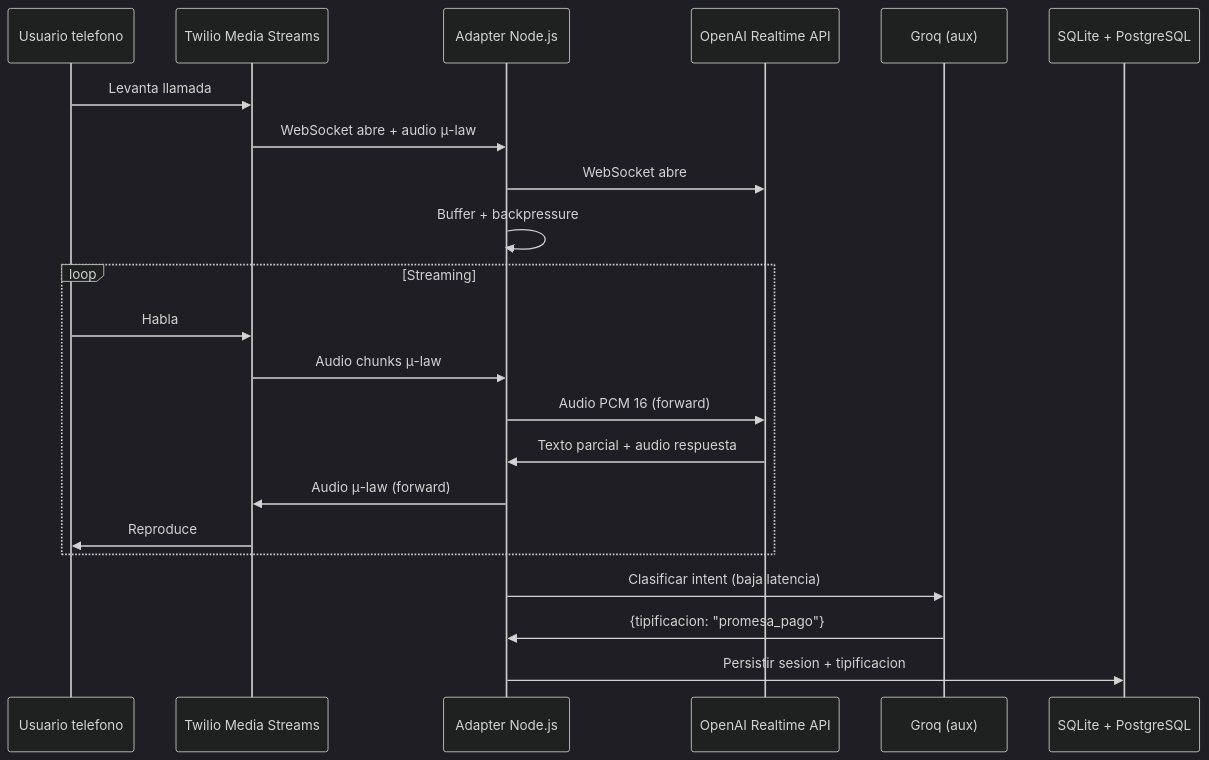
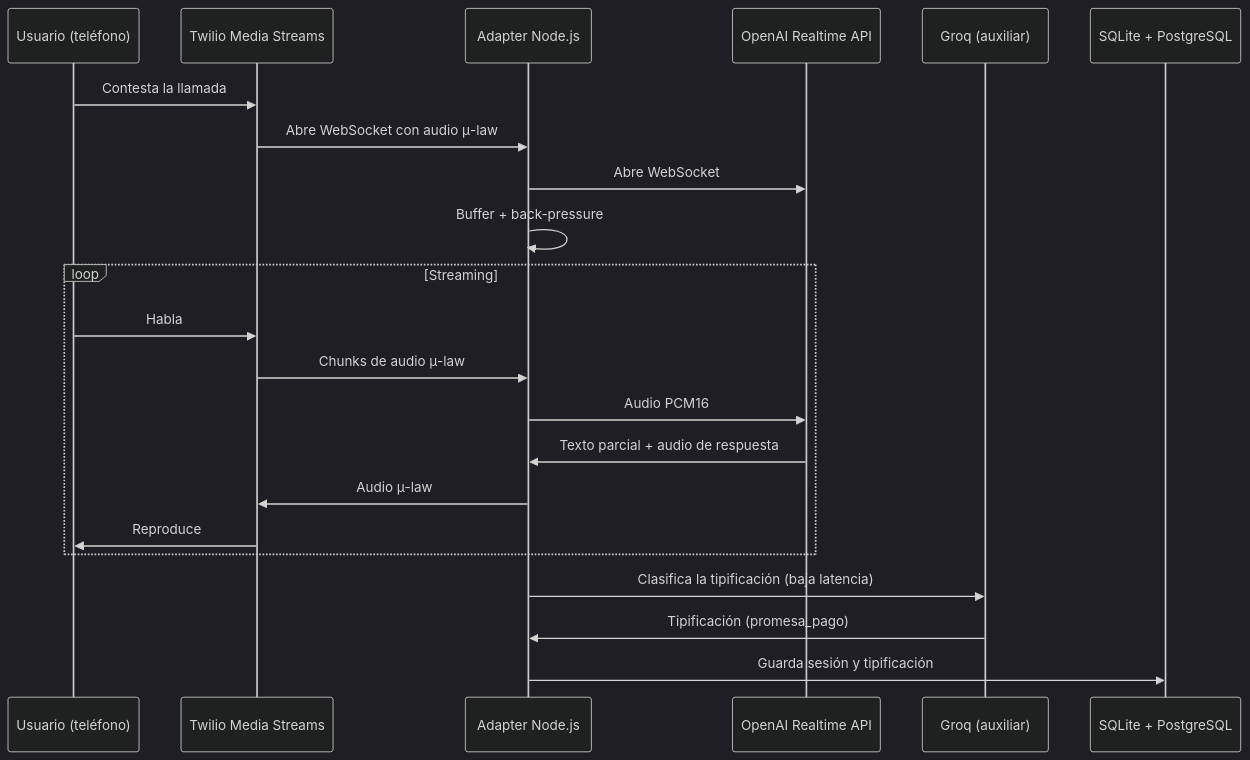
Before and after one commit to jpfiguer/portfolio: the diagram in case-studies/02-voice-agent-realtime.md, drawn with Mermaid (dark theme). The commit also changed other lines of this file and 5 other files, not shown here.

````diff
--- a/case-studies/02-voice-agent-realtime.md
+++ b/case-studies/02-voice-agent-realtime.md
@@ -18,27 +20,27 @@
 ```mermaid
 sequenceDiagram
-  participant U as Usuario telefono
+  participant U as Usuario (teléfono)
   participant T as Twilio Media Streams
   participant A as Adapter Node.js
   participant O as OpenAI Realtime API
-  participant G as Groq (aux)
+  participant G as Groq (auxiliar)
   participant S as SQLite + PostgreSQL
 
-  U->>T: Levanta llamada
-  T->>A: WebSocket abre + audio μ-law
-  A->>O: WebSocket abre
-  A->>A: Buffer + backpressure
+  U->>T: Contesta la llamada
+  T->>A: Abre WebSocket con audio μ-law
+  A->>O: Abre WebSocket
+  A->>A: Buffer + back-pressure
 
   loop Streaming
     U->>T: Habla
-    T->>A: Audio chunks μ-law
-    A->>O: Audio PCM 16 (forward)
-    O->>A: Texto parcial + audio respuesta
-    A->>T: Audio μ-law (forward)
+    T->>A: Chunks de audio μ-law
+    A->>O: Audio PCM16
+    O->>A: Texto parcial + audio de respuesta
+    A->>T: Audio μ-law
     T->>U: Reproduce
   end
 
-  A->>G: Clasificar intent (baja latencia)
-  G->>A: {tipificacion: "promesa_pago"}
-  A->>S: Persistir sesion + tipificacion
+  A->>G: Clasifica la tipificación (baja latencia)
+  G->>A: Tipificación (promesa_pago)
+  A->>S: Guarda sesión y tipificación
 ```
````
